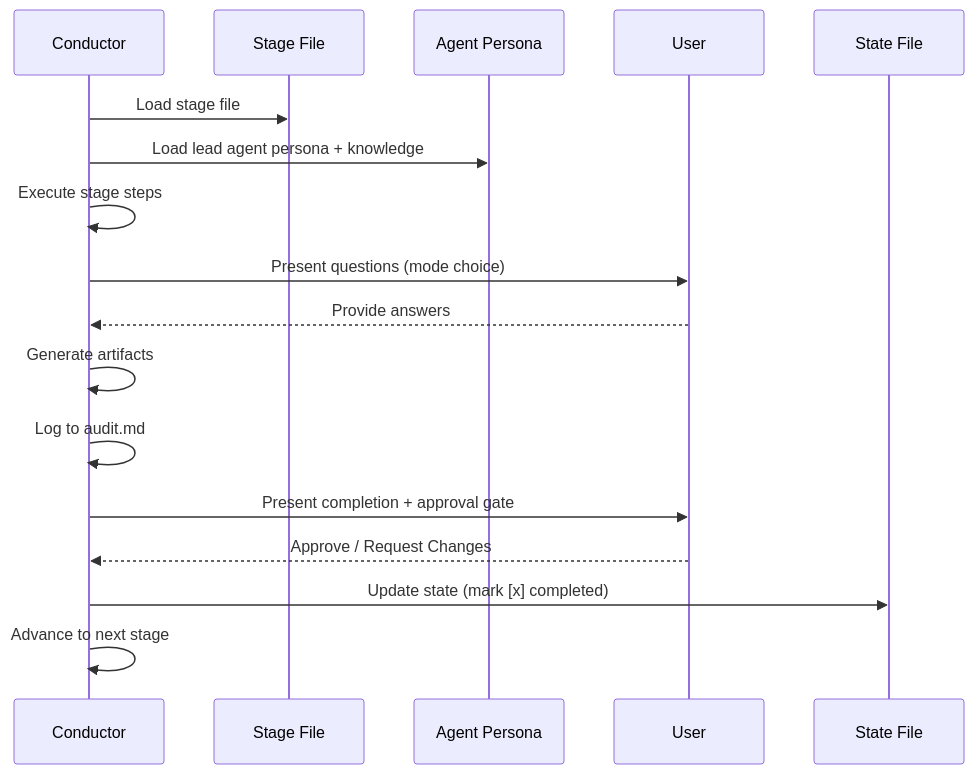
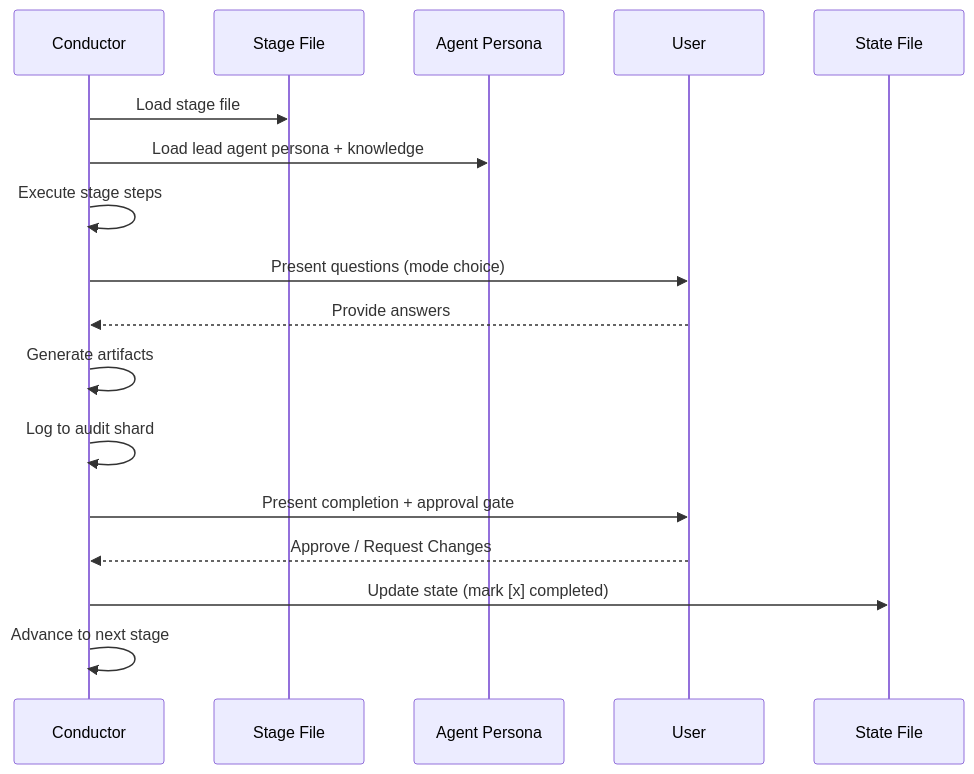
The third of 4 diagrams in docs/reference/01-architecture.ja.md (amadeus-dlc/amadeus), drawn with Mermaid before and after one commit. The commit also changed other lines of this file and 969 other files, not shown here.

````diff
--- a/docs/reference/01-architecture.ja.md
+++ b/docs/reference/01-architecture.ja.md
@@ -212,20 +212,20 @@
 ```mermaid
 sequenceDiagram
     participant O as Conductor
     participant S as Stage File
     participant A as Agent Persona
     participant U as User
     participant ST as State File
 
     O->>S: Load stage file
     O->>A: Load lead agent persona + knowledge
     O->>O: Execute stage steps
     O->>U: Present questions (mode choice)
     U-->>O: Provide answers
     O->>O: Generate artifacts
-    O->>O: Log to audit.md
+    O->>O: Log to audit shard
     O->>U: Present completion + approval gate
     U-->>O: Approve / Request Changes
     O->>ST: Update state (mark [x] completed)
     O->>O: Advance to next stage
 ```
````
